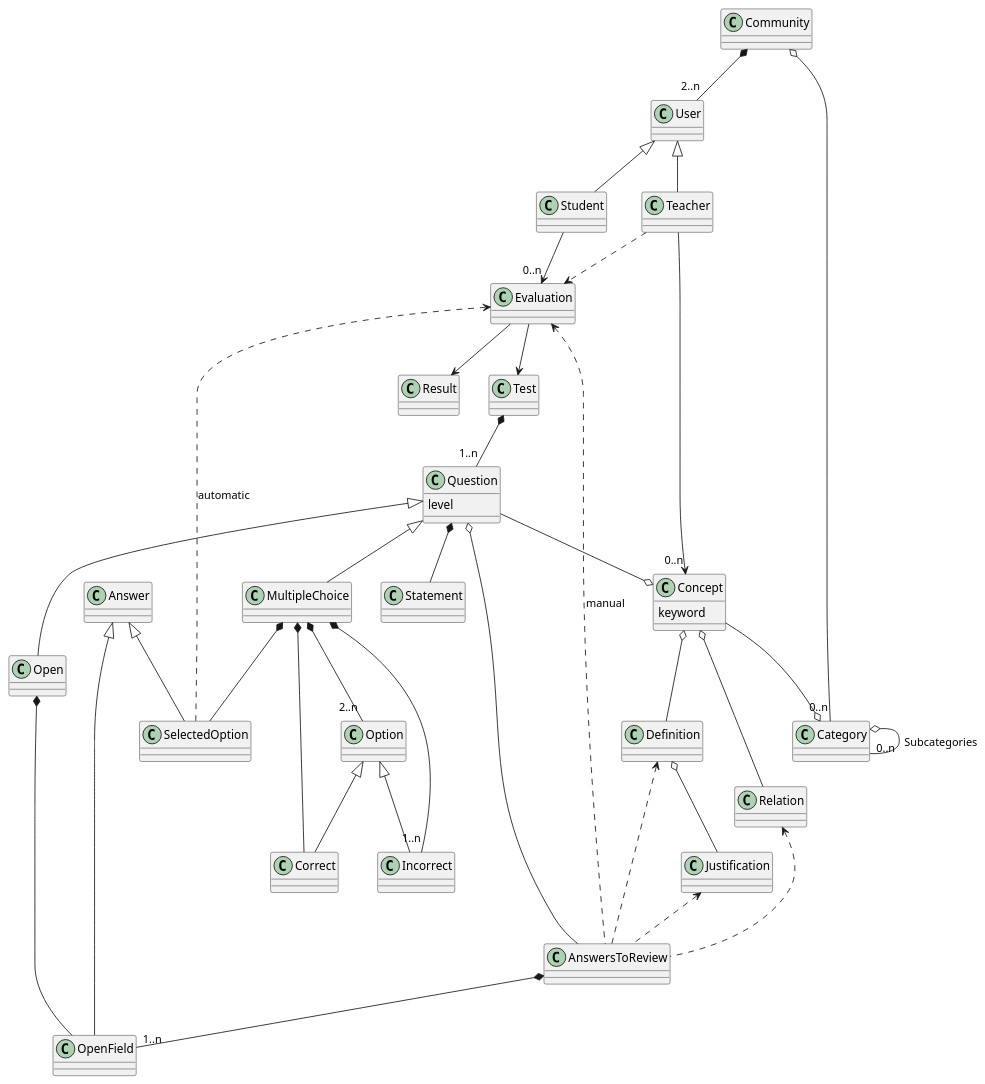
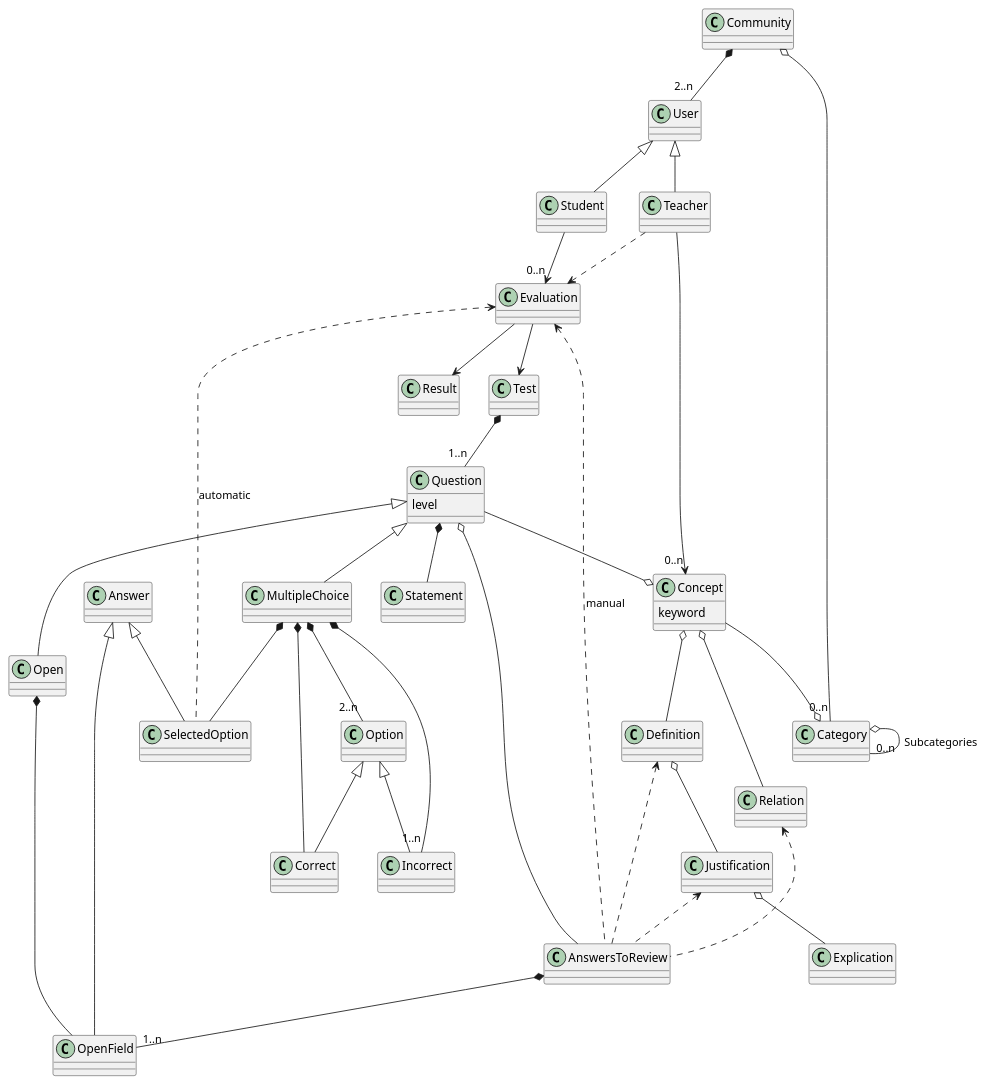
The diagram in doc/dominio_clases.puml (Joselon/ProyectoOpoTest), drawn with PlantUML before and after one commit. The commit also changed 14 other files, not shown here.

```diff
--- a/doc/dominio_clases.puml
+++ b/doc/dominio_clases.puml
@@ -1,91 +1,92 @@
 @startuml OpoTestDomain
 
 class Community
 
 class User
 
 class Teacher
 
 class Student
 
 class Evaluation
 
 class Result
 
 class Category 
 
 class Test 
 
 class AnswersToReview
 
 class Concept {
     keyword
 }
 
 class Question {
     level
 }
 
 class Statement
 
 class Answer 
 
 class Open 
 
 class MultipleChoice
 
 class Option
 
 class Correct
 
 Class Incorrect
 
 class OpenField
 
 Class SelectedOption
 
 
 Community *-- "2..n" User
 Community o-- "0..n" Category
 
 Category o--"0..n" Category : Subcategories
 
 User <|-- Teacher
 User <|-- Student
 
 Teacher -->"0..n" Concept
 Concept --o Category
 Question --o Concept
 Concept o-- Definition
 Definition o-- Justification
+Justification o-- Explication
 Concept o-- Relation
 
 Student --> "0..n" Evaluation
 Evaluation --> Test
 Evaluation --> Result
 
 Teacher ..> Evaluation
 AnswersToReview *-- "1..n" OpenField
 Definition <.. AnswersToReview
 Justification <.. AnswersToReview
 Relation <.. AnswersToReview
 
 Evaluation <.. AnswersToReview : manual
 Evaluation <.. SelectedOption : automatic
 
 Test *-- "1..n" Question
 Question <|-- MultipleChoice
 Question <|-- Open
 Question *--   Statement
 MultipleChoice *-- "2..n" Option
 Option <|-- Incorrect
 Option <|-- Correct
 MultipleChoice *-- Correct
 MultipleChoice *-- "1..n" Incorrect
 MultipleChoice *-- SelectedOption
 Open *-- OpenField
 Answer <|-- OpenField
 Answer <|-- SelectedOption
 Question o-- AnswersToReview
 
 @enduml
```
